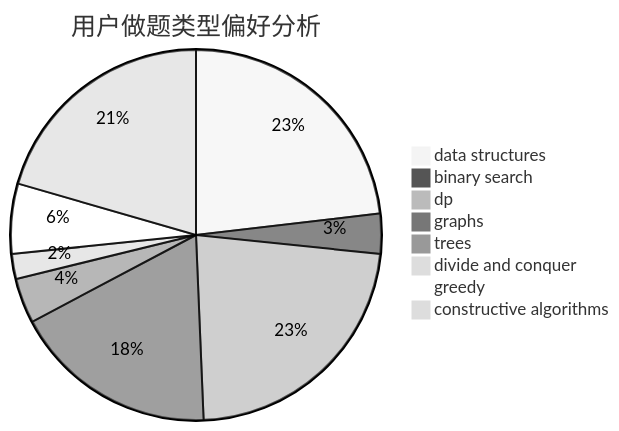
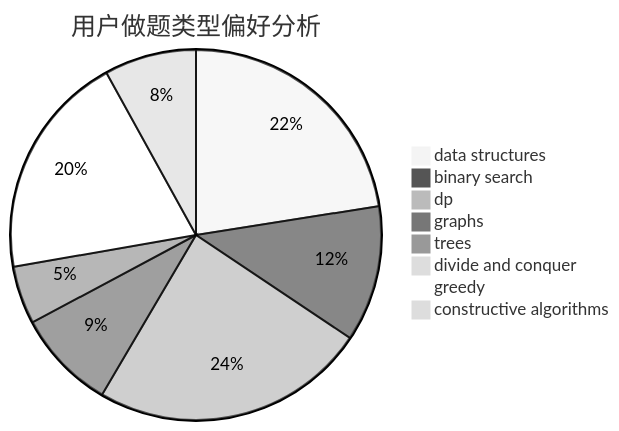
Before and after one commit to sherpahu/cfrs.github.io: the second of 3 diagrams in docs/user/u902.md, drawn with Mermaid (neutral theme). The commit also changed other lines of this file and 2770 other files, not shown here.

````diff
--- a/docs/user/u902.md
+++ b/docs/user/u902.md
@@ -23,11 +23,11 @@
 ```mermaid
 pie title 用户做题类型偏好分析
-    "data structures" :  53
-    "binary search" :  8
-    "dp" :  52
-    "graphs" :  41
-    "trees" :  9
-    "divide and conquer" :  5
-    "greedy" :  14
-    "constructive algorithms" :  47
+    "data structures" :  129
+    "binary search" :  68
+    "dp" :  138
+    "graphs" :  50
+    "trees" :  29
+    "divide and conquer" :  4
+    "greedy" :  113
+    "constructive algorithms" :  46
 ```
````
